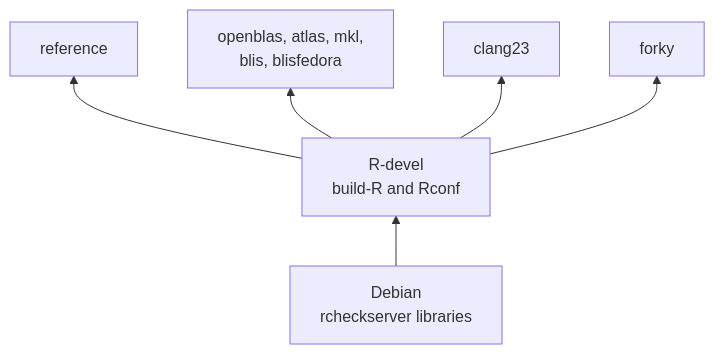
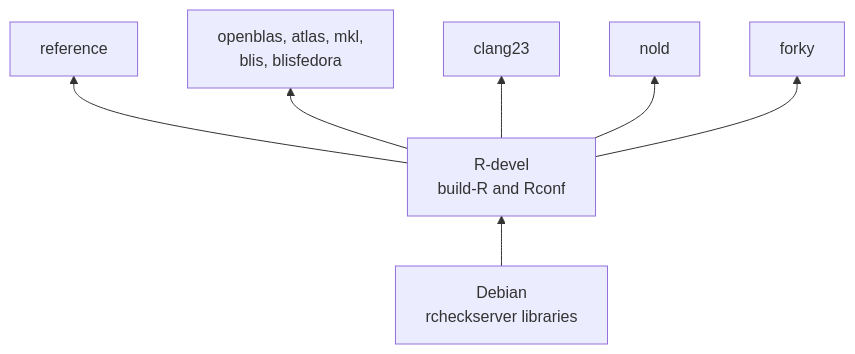
One commit to coatless/docker-r-check changed the first of 2 diagrams in README.md. Above: the diagram before and after it, drawn with Mermaid. The commit also changed other lines of this file, not shown here.

````diff
--- a/README.md
+++ b/README.md
@@ -19,11 +19,12 @@
 ```mermaid
 flowchart BT
     base["Debian<br/>rcheckserver libraries"]
     build["R-devel<br/>build-R and Rconf"]
     blas["openblas, atlas, mkl,<br/>blis, blisfedora"]
     base --> build
     build --> reference
     build --> blas
     build --> clang23
+    build --> nold
     build --> forky
 ```
````
